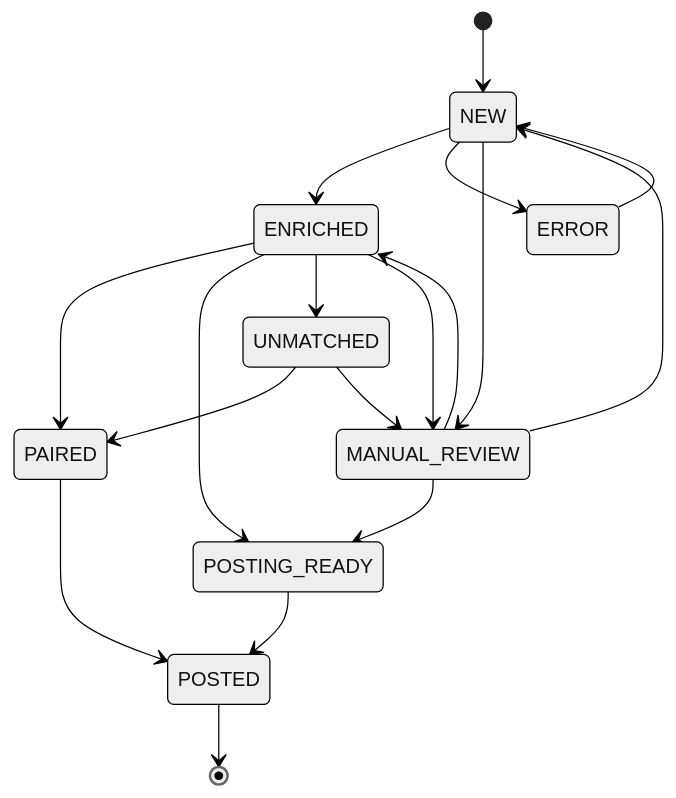
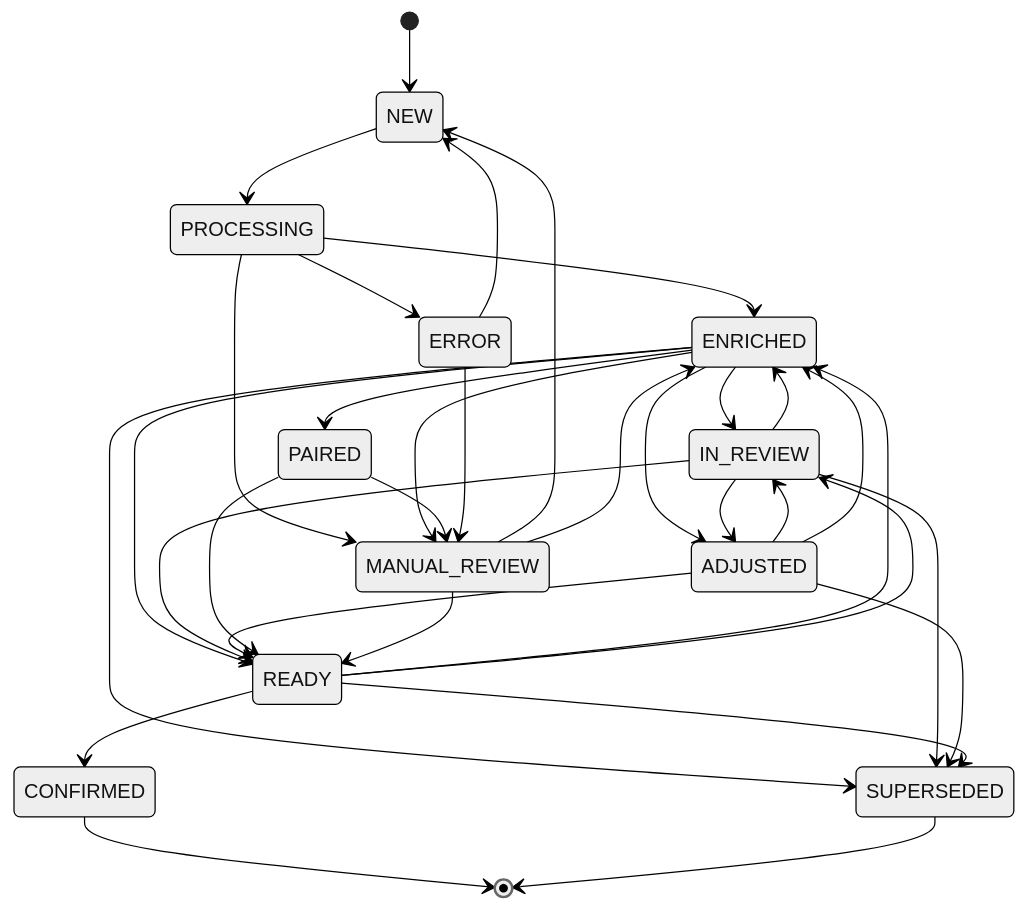
Before and after one commit to aarelaponin/gam-framework: the fourth of 7 diagrams in README.md, drawn with Mermaid (neutral theme). The commit also changed other lines of this file and 11 other files, not shown here.

````diff
--- a/README.md
+++ b/README.md
@@ -135,20 +176,42 @@
 ```mermaid
 stateDiagram-v2
     [*] --> NEW
-    NEW --> ENRICHED
-    NEW --> ERROR
-    NEW --> MANUAL_REVIEW
+    NEW --> PROCESSING
+    PROCESSING --> ENRICHED
+    PROCESSING --> ERROR
+    PROCESSING --> MANUAL_REVIEW
+
+    ENRICHED --> IN_REVIEW
+    ENRICHED --> ADJUSTED
+    ENRICHED --> READY
     ENRICHED --> PAIRED
-    ENRICHED --> POSTING_READY
-    ENRICHED --> UNMATCHED
     ENRICHED --> MANUAL_REVIEW
-    PAIRED --> POSTED
-    POSTING_READY --> POSTED
-    UNMATCHED --> PAIRED
-    UNMATCHED --> MANUAL_REVIEW
+    ENRICHED --> SUPERSEDED
+
+    IN_REVIEW --> ADJUSTED
+    IN_REVIEW --> READY
+    IN_REVIEW --> ENRICHED
+    IN_REVIEW --> SUPERSEDED
+
+    ADJUSTED --> READY
+    ADJUSTED --> IN_REVIEW
+    ADJUSTED --> ENRICHED
+    ADJUSTED --> SUPERSEDED
+
+    READY --> CONFIRMED
+    READY --> ENRICHED
+    READY --> IN_REVIEW
+    READY --> SUPERSEDED
+
+    PAIRED --> READY
+    PAIRED --> MANUAL_REVIEW
+
     ERROR --> NEW
+    ERROR --> MANUAL_REVIEW
     MANUAL_REVIEW --> NEW
     MANUAL_REVIEW --> ENRICHED
-    MANUAL_REVIEW --> POSTING_READY
-    POSTED --> [*]
+    MANUAL_REVIEW --> READY
+
+    CONFIRMED --> [*]
+    SUPERSEDED --> [*]
 ```
````
